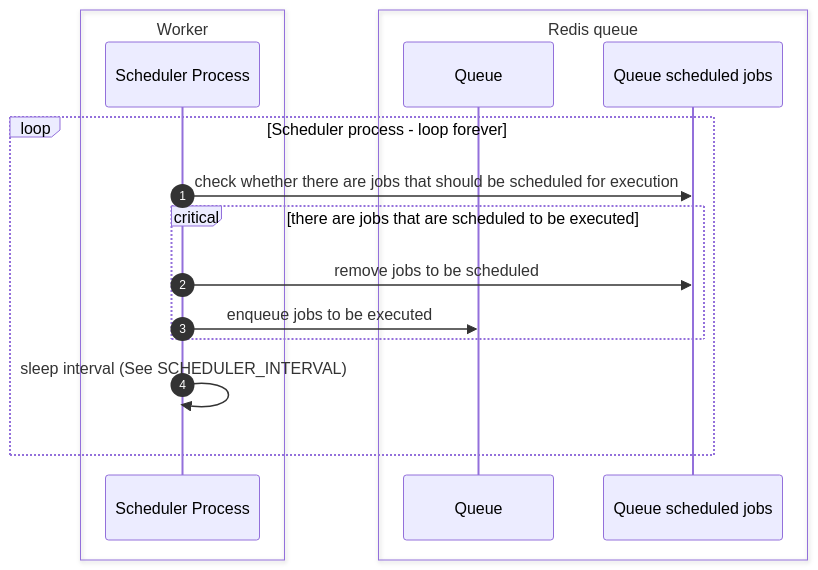
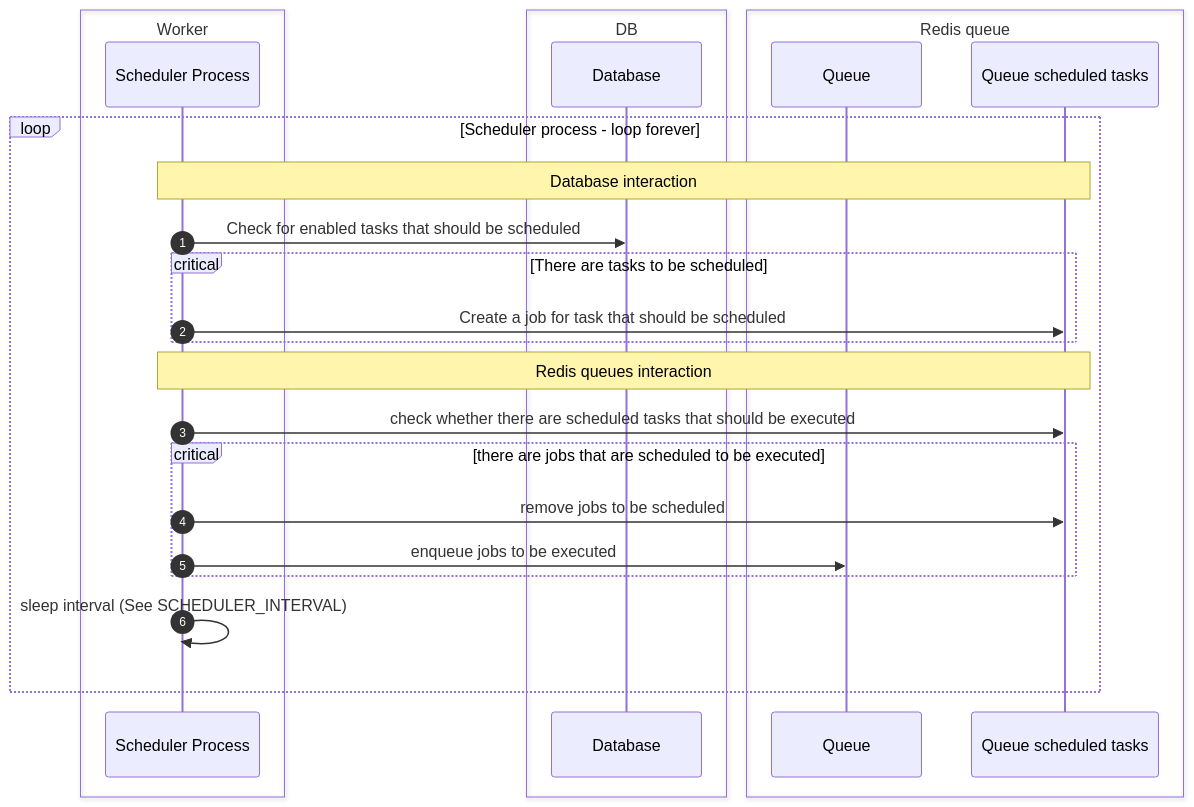
Before and after one commit to django-commons/django-tasks-scheduler: the first of 2 diagrams in docs/index.md, drawn with Mermaid. The commit also changed other lines of this file and 21 other files, not shown here.

Commit message:
feat:rename *Job to *Task

````diff
--- a/docs/index.md
+++ b/docs/index.md
@@ -62,19 +62,29 @@
 ```mermaid
 sequenceDiagram
     autonumber
     box Worker
         participant scheduler as Scheduler Process
     end
+    box DB
+        participant db as Database
+        
+    end
     box Redis queue
         participant queue as Queue
-        participant schedule as Queue scheduled jobs
+        participant schedule as Queue scheduled tasks
     end    
     loop Scheduler process - loop forever
-        scheduler ->> schedule: check whether there are jobs that should be scheduled for execution
+        note over scheduler,schedule: Database interaction
+        scheduler ->> db: Check for enabled tasks that should be scheduled
+        critical There are tasks to be scheduled
+            scheduler ->> schedule: Create a job for task that should be scheduled
+        end
+        note over scheduler,schedule: Redis queues interaction
+        scheduler ->> schedule: check whether there are scheduled tasks that should be executed
         critical there are jobs that are scheduled to be executed
             scheduler ->> schedule: remove jobs to be scheduled
             scheduler ->> queue: enqueue jobs to be executed
         end
         scheduler ->> scheduler: sleep interval (See SCHEDULER_INTERVAL)
     end
 ```
````
